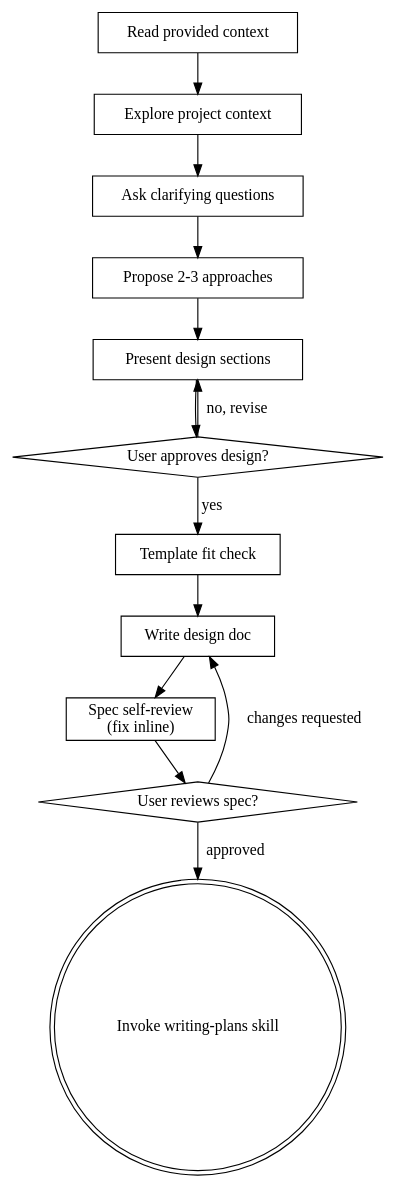
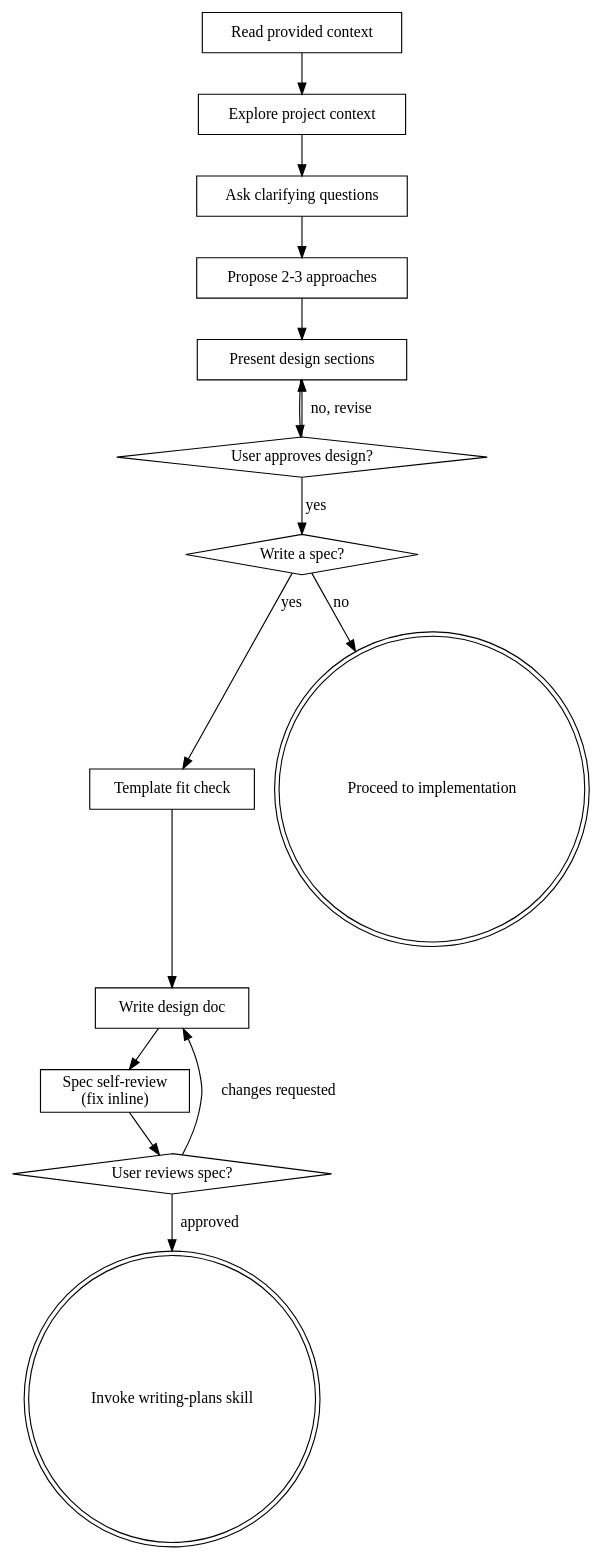
One commit to HumanBean17/superpowers changed the diagram in skills/brainstorming/SKILL.md. Above: the diagram before and after it, drawn with Graphviz. The commit also changed other lines of this file and 2 other files, not shown here.

First line of the commit message:
Re-enable proactive brainstorming with opt-in spec generation

````diff
--- a/skills/brainstorming/SKILL.md
+++ b/skills/brainstorming/SKILL.md
@@ -40,28 +47,32 @@
 ```dot
 digraph brainstorming {
     "Read provided context" [shape=box];
     "Explore project context" [shape=box];
     "Ask clarifying questions" [shape=box];
     "Propose 2-3 approaches" [shape=box];
     "Present design sections" [shape=box];
     "User approves design?" [shape=diamond];
+    "Write a spec?" [shape=diamond];
     "Template fit check" [shape=box];
     "Write design doc" [shape=box];
     "Spec self-review\n(fix inline)" [shape=box];
     "User reviews spec?" [shape=diamond];
     "Invoke writing-plans skill" [shape=doublecircle];
+    "Proceed to implementation" [shape=doublecircle];
 
     "Read provided context" -> "Explore project context";
     "Explore project context" -> "Ask clarifying questions";
     "Ask clarifying questions" -> "Propose 2-3 approaches";
     "Propose 2-3 approaches" -> "Present design sections";
     "Present design sections" -> "User approves design?";
     "User approves design?" -> "Present design sections" [label="no, revise"];
-    "User approves design?" -> "Template fit check" [label="yes"];
+    "User approves design?" -> "Write a spec?" [label="yes"];
+    "Write a spec?" -> "Proceed to implementation" [label="no"];
+    "Write a spec?" -> "Template fit check" [label="yes"];
     "Template fit check" -> "Write design doc";
     "Write design doc" -> "Spec self-review\n(fix inline)";
     "Spec self-review\n(fix inline)" -> "User reviews spec?";
     "User reviews spec?" -> "Write design doc" [label="changes requested"];
     "User reviews spec?" -> "Invoke writing-plans skill" [label="approved"];
 }
 ```
````
